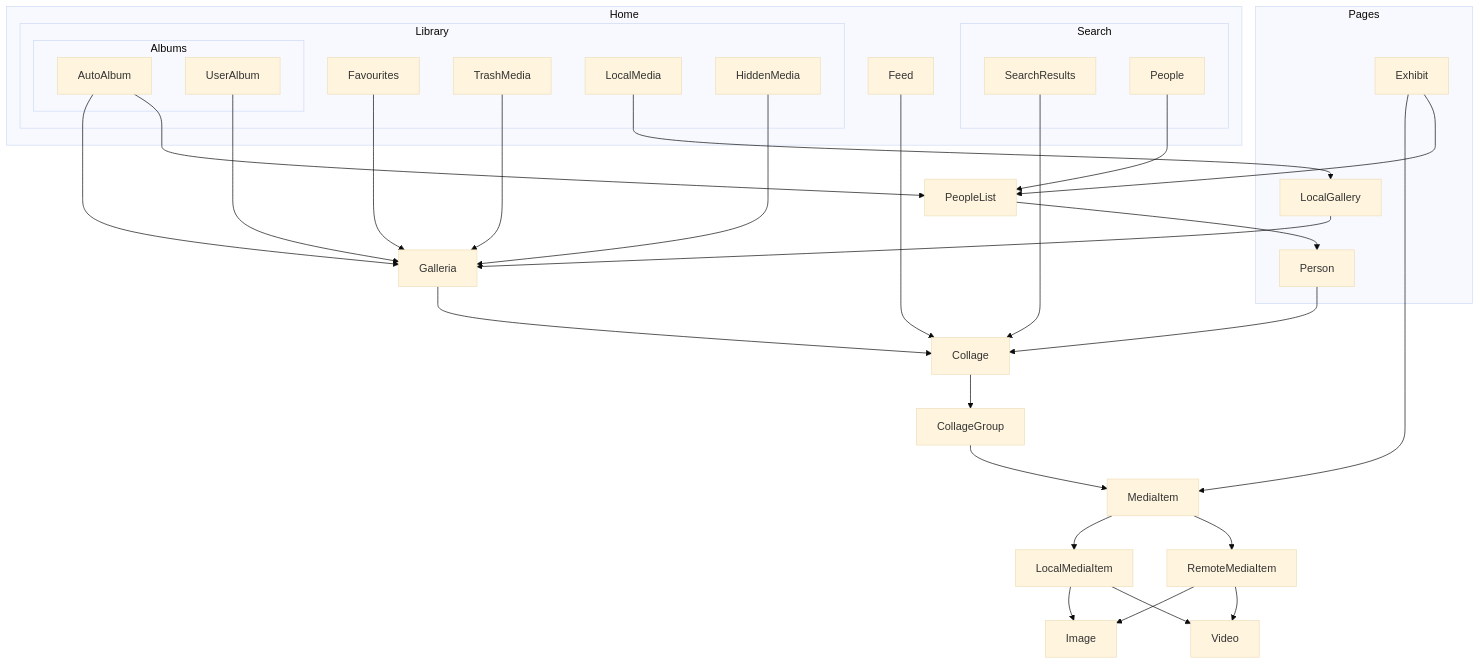
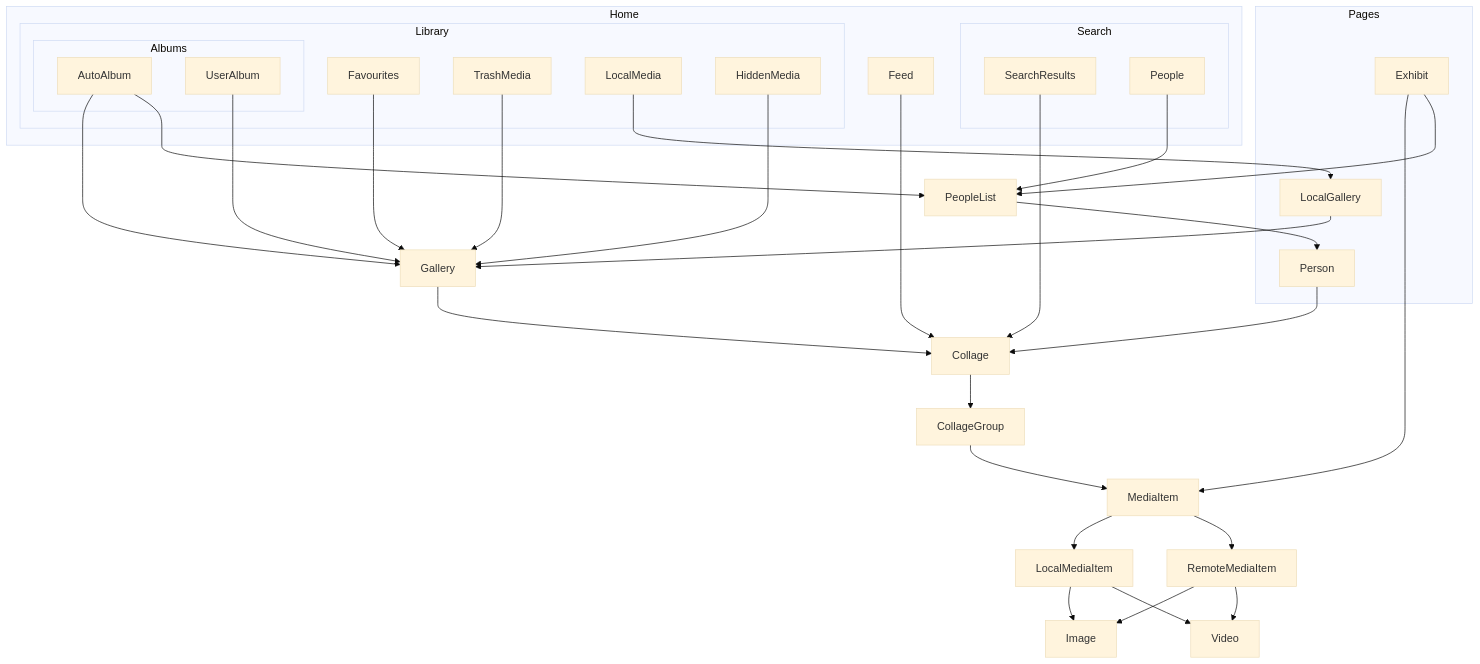
One commit to savvasdalkitsis/uhuruphotos-android changed the diagram in domain-model.md. Above: the diagram before and after it, drawn with Mermaid (base theme). The commit also changed 56 other files, not shown here.

Commit message:
Renaming galleria to gallery

````diff
--- a/domain-model.md
+++ b/domain-model.md
@@ -5,58 +5,58 @@
 ```mermaid 
 graph TD;
 
-    Galleria-->Collage
+    Gallery-->Collage
     Collage-->CollageGroup
     CollageGroup-->MediaItem
     Exhibit-->MediaItem
     MediaItem-->LocalMediaItem
     MediaItem-->RemoteMediaItem
     LocalMediaItem-->Image
     LocalMediaItem-->Video
     RemoteMediaItem-->Image
     RemoteMediaItem-->Video
-    AutoAlbum-->Galleria
-    UserAlbum-->Galleria
-    Favourites-->Galleria
-    TrashMedia-->Galleria
+    AutoAlbum-->Gallery
+    UserAlbum-->Gallery
+    Favourites-->Gallery
+    TrashMedia-->Gallery
     LocalMedia-->LocalGallery
-    LocalGallery-->Galleria
-    HiddenMedia-->Galleria
+    LocalGallery-->Gallery
+    HiddenMedia-->Gallery
     Person-->Collage
     SearchResults-->Collage
     Feed-->Collage
     People-->PeopleList
     PeopleList-->Person
     Exhibit-->PeopleList
     AutoAlbum-->PeopleList
 
     subgraph Pages
         Person
         LocalGallery
         Exhibit
     end
 
     subgraph Search
         SearchResults
         People
     end
 
     subgraph Albums
         AutoAlbum
         UserAlbum
     end
 
     subgraph Library
         TrashMedia
         HiddenMedia
         Albums
         Favourites
         LocalMedia
     end
 
     subgraph Home
         Feed
         Search
         Library
     end
 ```
````
